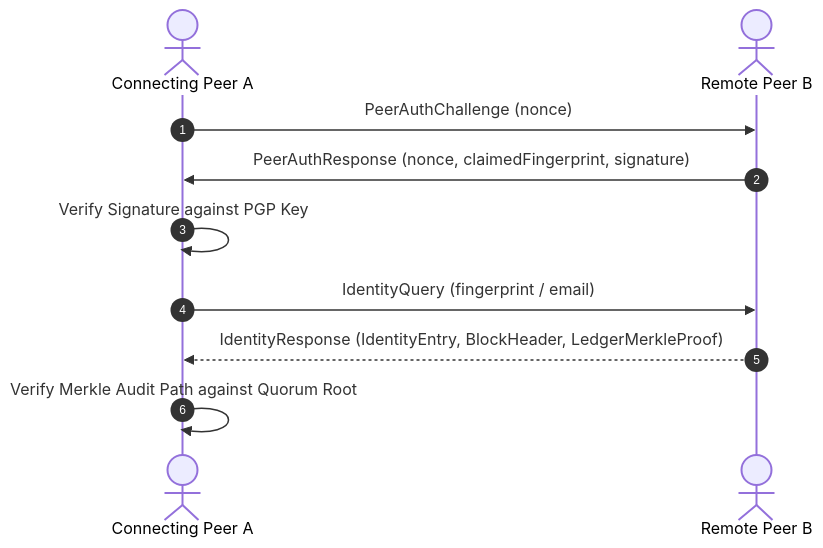
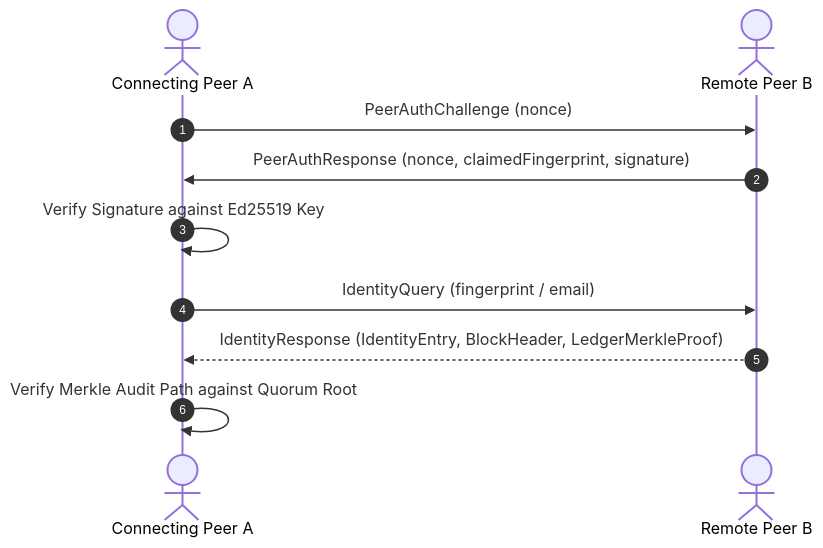
One commit to ccs4ever/gleditor changed the first of 2 diagrams in design/bep10-wire-extensions.md. Above: the diagram before and after it, drawn with Mermaid. The commit also changed other lines of this file and 255 other files, not shown here.

````diff
--- a/design/bep10-wire-extensions.md
+++ b/design/bep10-wire-extensions.md
@@ -158,13 +158,13 @@
 ```mermaid
 sequenceDiagram
     autonumber
     actor PeerA as Connecting Peer A
     actor PeerB as Remote Peer B
 
     PeerA->>PeerB: PeerAuthChallenge (nonce)
     PeerB->>PeerA: PeerAuthResponse (nonce, claimedFingerprint, signature)
-    PeerA->>PeerA: Verify Signature against PGP Key
+    PeerA->>PeerA: Verify Signature against Ed25519 Key
     PeerA->>PeerB: IdentityQuery (fingerprint / email)
     PeerB-->>PeerA: IdentityResponse (IdentityEntry, BlockHeader, LedgerMerkleProof)
     PeerA->>PeerA: Verify Merkle Audit Path against Quorum Root
 ```
````
